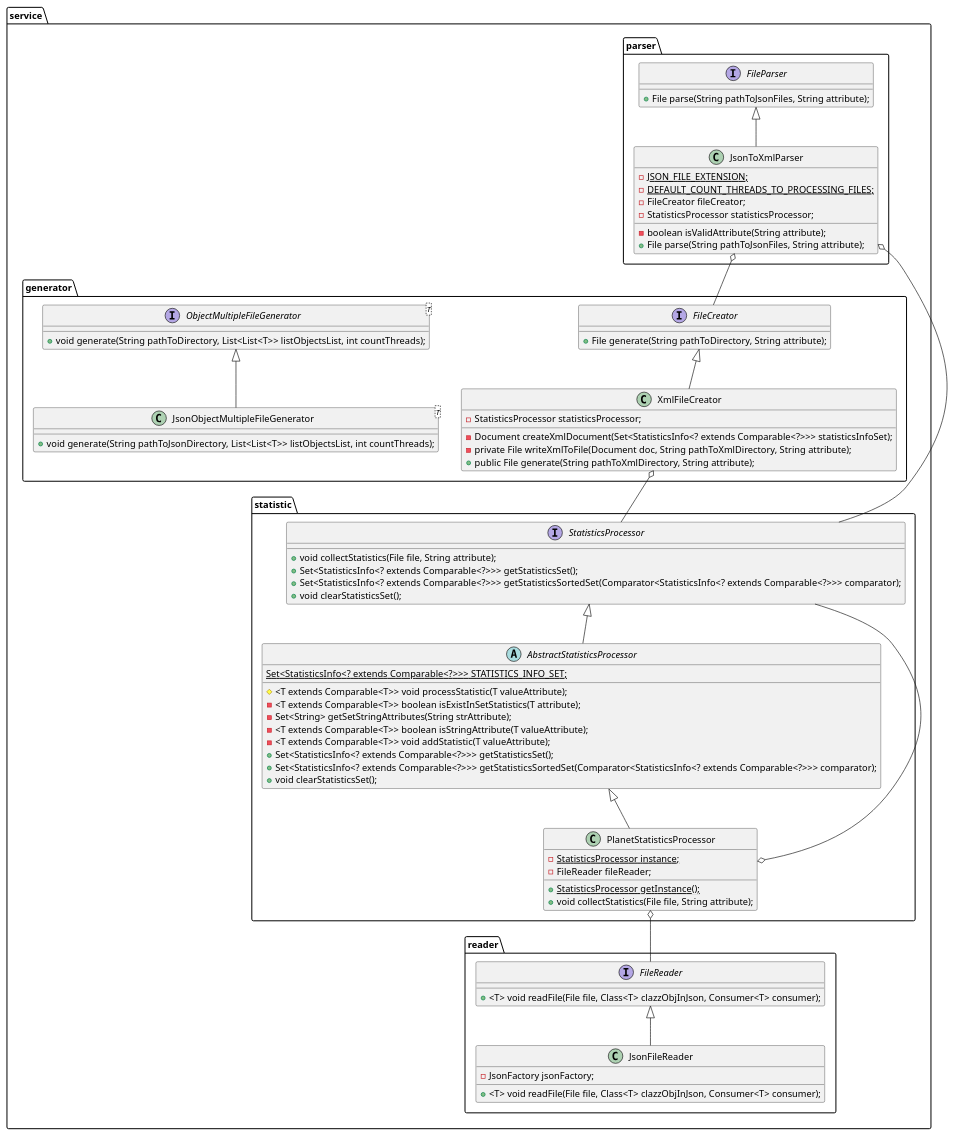
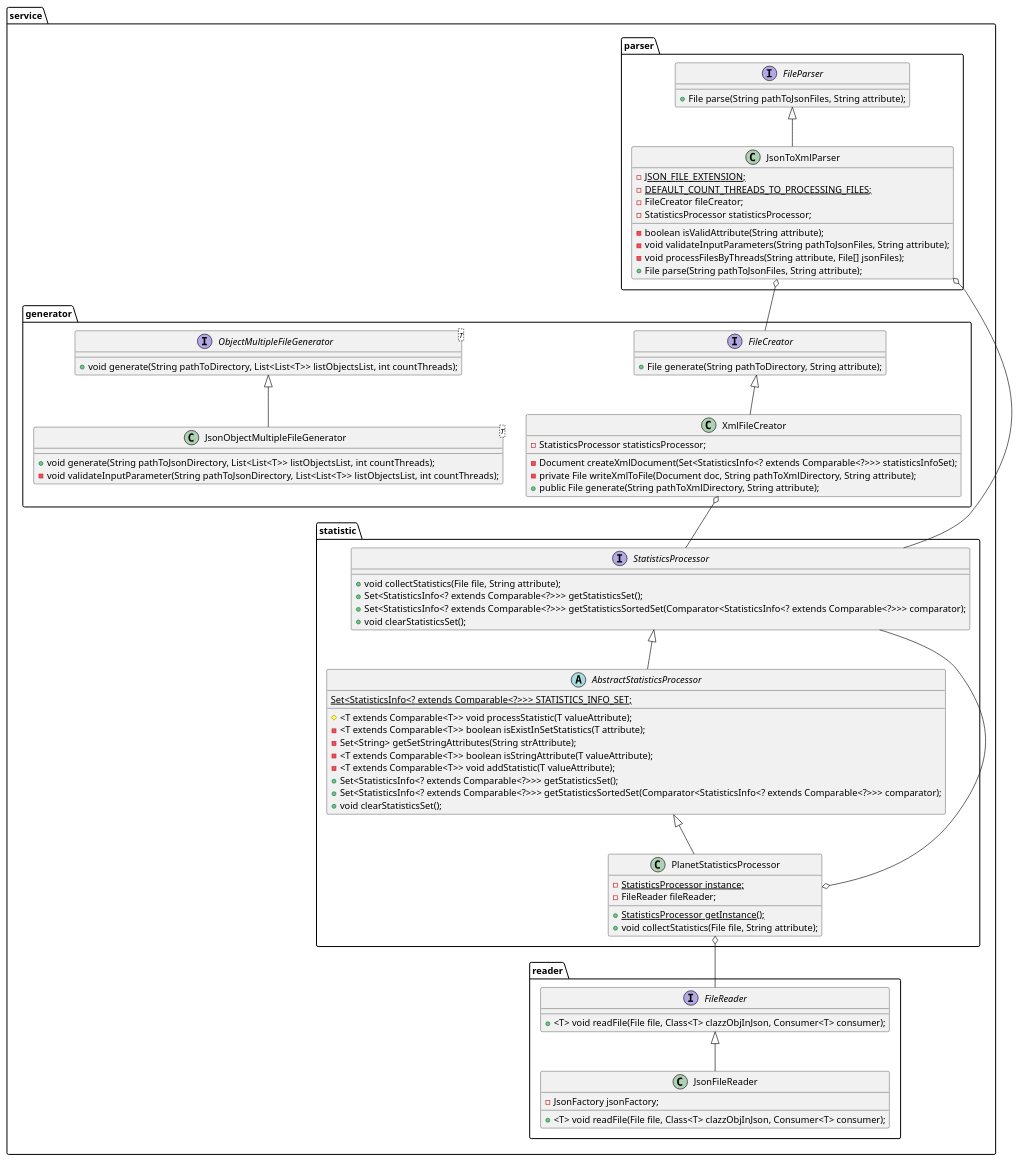
The diagram in java-core-parser-hw-1/src/main/resources/diagrams/Architecture.puml (dima666Sik/ProfITsoft-Internship), drawn with PlantUML before and after one commit. The commit also changed 1 other file, not shown here.

```diff
--- a/java-core-parser-hw-1/src/main/resources/diagrams/Architecture.puml
+++ b/java-core-parser-hw-1/src/main/resources/diagrams/Architecture.puml
@@ -1,92 +1,95 @@
 @startuml
 'https://plantuml.com/class-diagram
 
 package service{
     package generator{
         interface FileCreator {
             + File generate(String pathToDirectory, String attribute);
         }
         interface ObjectMultipleFileGenerator<T> {
             + void generate(String pathToDirectory, List<List<T>> listObjectsList, int countThreads);
         }
         class JsonObjectMultipleFileGenerator<T>{
             + void generate(String pathToJsonDirectory, List<List<T>> listObjectsList, int countThreads);
+            - void validateInputParameter(String pathToJsonDirectory, List<List<T>> listObjectsList, int countThreads);
         }
         class XmlFileCreator{
             - StatisticsProcessor statisticsProcessor;
             - Document createXmlDocument(Set<StatisticsInfo<? extends Comparable<?>>> statisticsInfoSet);
             - private File writeXmlToFile(Document doc, String pathToXmlDirectory, String attribute);
             + public File generate(String pathToXmlDirectory, String attribute);
         }
     }
     package parser{
         interface FileParser {
             + File parse(String pathToJsonFiles, String attribute);
         }
         class JsonToXmlParser{
             - {static} JSON_FILE_EXTENSION;
             - {static} DEFAULT_COUNT_THREADS_TO_PROCESSING_FILES;
             - FileCreator fileCreator;
             - StatisticsProcessor statisticsProcessor;
             - boolean isValidAttribute(String attribute);
+            - void validateInputParameters(String pathToJsonFiles, String attribute);
+            - void processFilesByThreads(String attribute, File[] jsonFiles);
             + File parse(String pathToJsonFiles, String attribute);
         }
     }
     package reader{
         interface FileReader{
             + <T> void readFile(File file, Class<T> clazzObjInJson, Consumer<T> consumer);
         }
         class JsonFileReader{
             - JsonFactory jsonFactory;
             + <T> void readFile(File file, Class<T> clazzObjInJson, Consumer<T> consumer);
         }
     }
     package statistic{
         interface StatisticsProcessor{
             + void collectStatistics(File file, String attribute);
             + Set<StatisticsInfo<? extends Comparable<?>>> getStatisticsSet();
             + Set<StatisticsInfo<? extends Comparable<?>>> getStatisticsSortedSet(Comparator<StatisticsInfo<? extends Comparable<?>>> comparator);
             + void clearStatisticsSet();
         }
         abstract class AbstractStatisticsProcessor{
             {static} Set<StatisticsInfo<? extends Comparable<?>>> STATISTICS_INFO_SET;
             # <T extends Comparable<T>> void processStatistic(T valueAttribute);
             - <T extends Comparable<T>> boolean isExistInSetStatistics(T attribute);
             - Set<String> getSetStringAttributes(String strAttribute);
             - <T extends Comparable<T>> boolean isStringAttribute(T valueAttribute);
             - <T extends Comparable<T>> void addStatistic(T valueAttribute);
             + Set<StatisticsInfo<? extends Comparable<?>>> getStatisticsSet();
             + Set<StatisticsInfo<? extends Comparable<?>>> getStatisticsSortedSet(Comparator<StatisticsInfo<? extends Comparable<?>>> comparator);
             + void clearStatisticsSet();
 
         }
         class PlanetStatisticsProcessor{
             - {static} StatisticsProcessor instance;
             - FileReader fileReader;
             + {static} StatisticsProcessor getInstance();
             + void collectStatistics(File file, String attribute);
         }
     }
 
 FileCreator <|-- XmlFileCreator
 ObjectMultipleFileGenerator <|-- JsonObjectMultipleFileGenerator
 
 FileParser <|-- JsonToXmlParser
 
 FileReader <|-- JsonFileReader
 
 StatisticsProcessor <|-- AbstractStatisticsProcessor
 AbstractStatisticsProcessor <|-- PlanetStatisticsProcessor
 
 
 XmlFileCreator o-- StatisticsProcessor
 
 JsonToXmlParser o-- FileCreator
 JsonToXmlParser o-- StatisticsProcessor
 
 PlanetStatisticsProcessor o-- StatisticsProcessor
 PlanetStatisticsProcessor o-- FileReader
 
 }
 
 @enduml
```
